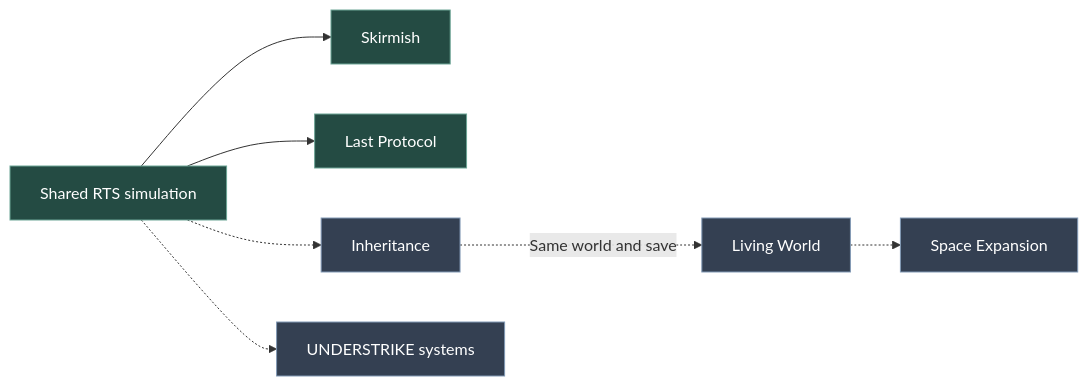
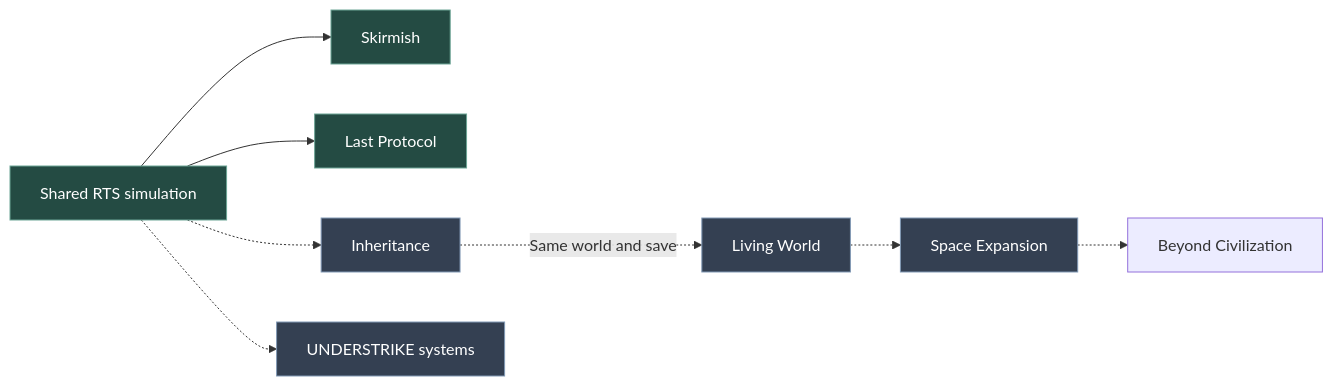
The first of 8 diagrams in README.md (loganlewisw1112-create/Age-of-modern-war), drawn with Mermaid before and after one commit. The commit also changed other lines of this file, not shown here.

Commit message:
docs: expand Beyond Civilization README with gameplay phases and development roadmap

````diff
--- a/README.md
+++ b/README.md
@@ -42,13 +42,14 @@
 ```mermaid
 flowchart LR
     S[Shared RTS simulation] --> A[Skirmish]
     S --> B[Last Protocol]
     S -.-> C[Inheritance]
     C -. Same world and save .-> D[Living World]
     D -.-> E[Space Expansion]
+    E -.-> F3[Beyond Civilization]
     S -.-> U[UNDERSTRIKE systems]
     classDef live fill:#244b43,stroke:#6ca596,color:#fff
     classDef future fill:#344052,stroke:#8199b5,color:#fff
     class S,A,B live
     class C,D,E,U future
 ```
````
